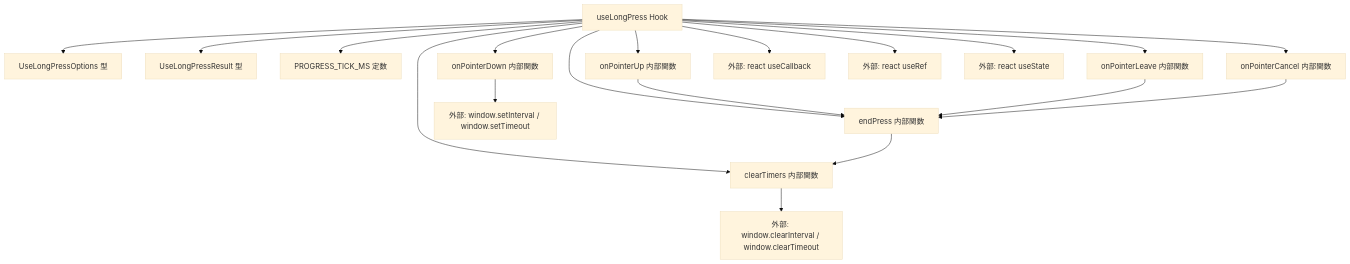
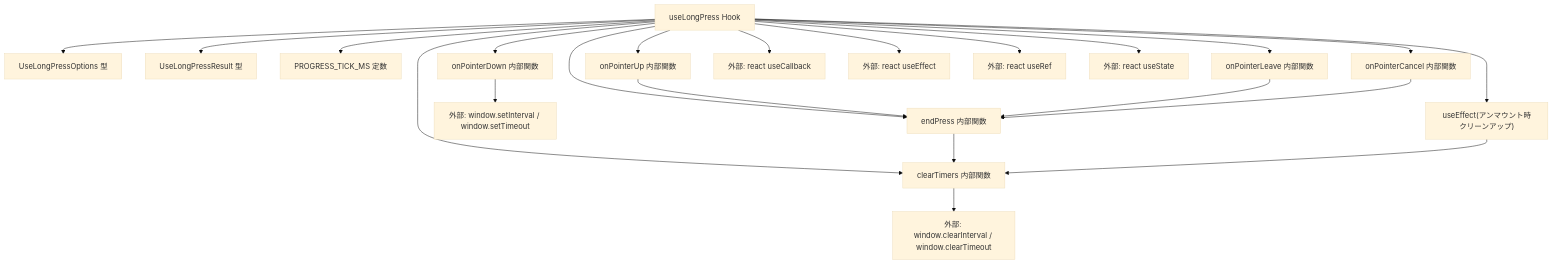
The second of 2 diagrams in docs/specifications/family-quest/src/hooks/useLongPress.md (mmtigers/my_python_project), drawn with Mermaid (base theme) before and after one commit. The commit also changed other lines of this file and 18 other files, not shown here.

````diff
--- a/docs/specifications/family-quest/src/hooks/useLongPress.md
+++ b/docs/specifications/family-quest/src/hooks/useLongPress.md
@@ -183,23 +183,27 @@
 ```mermaid
 graph TD
     useLongPress["useLongPress Hook"] --> UseLongPressOptions["UseLongPressOptions 型"]
     useLongPress --> UseLongPressResult["UseLongPressResult 型"]
     useLongPress --> PROGRESS_TICK_MS["PROGRESS_TICK_MS 定数"]
     useLongPress --> clearTimers["clearTimers 内部関数"]
     useLongPress --> onPointerDown["onPointerDown 内部関数"]
     useLongPress --> endPress["endPress 内部関数"]
     useLongPress --> onPointerUp["onPointerUp 内部関数"]
     useLongPress --> onPointerLeave["onPointerLeave 内部関数"]
     useLongPress --> onPointerCancel["onPointerCancel 内部関数"]
 
     onPointerUp --> endPress
     onPointerLeave --> endPress
     onPointerCancel --> endPress
     endPress --> clearTimers
     onPointerDown --> WindowTimer["外部: window.setInterval / window.setTimeout"]
     clearTimers --> WindowTimer2["外部: window.clearInterval / window.clearTimeout"]
 
     useLongPress --> ReactUseCallback["外部: react useCallback"]
+    useLongPress --> ReactUseEffect["外部: react useEffect"]
     useLongPress --> ReactUseRef["外部: react useRef"]
     useLongPress --> ReactUseState["外部: react useState"]
+
+    UnmountEffect["useEffect(アンマウント時クリーンアップ)"] --> clearTimers
+    useLongPress --> UnmountEffect
 ```
````
